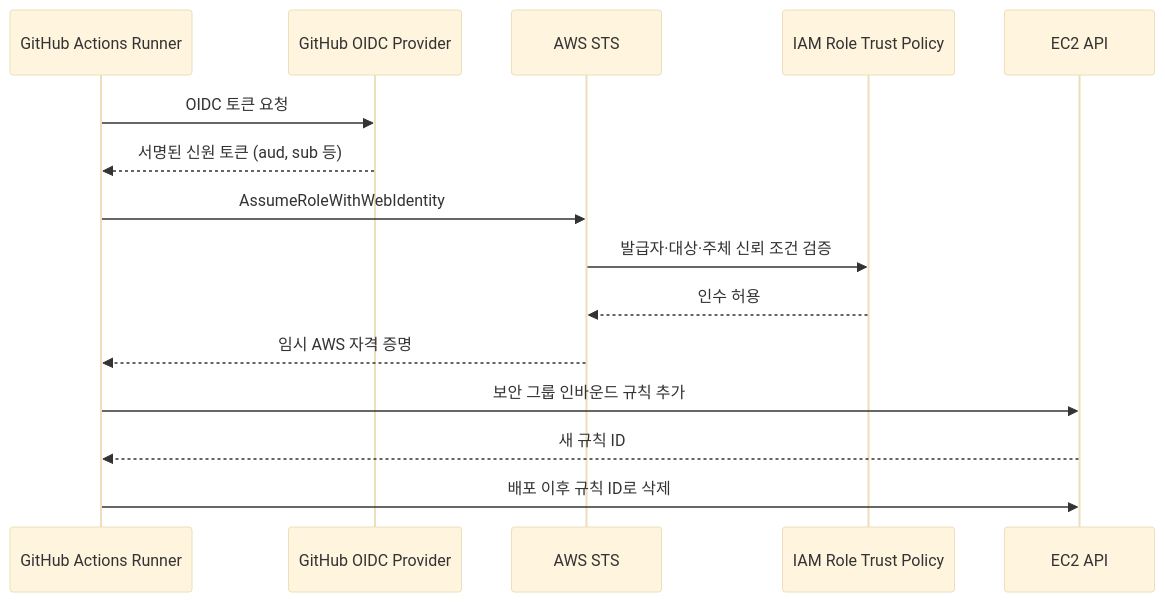
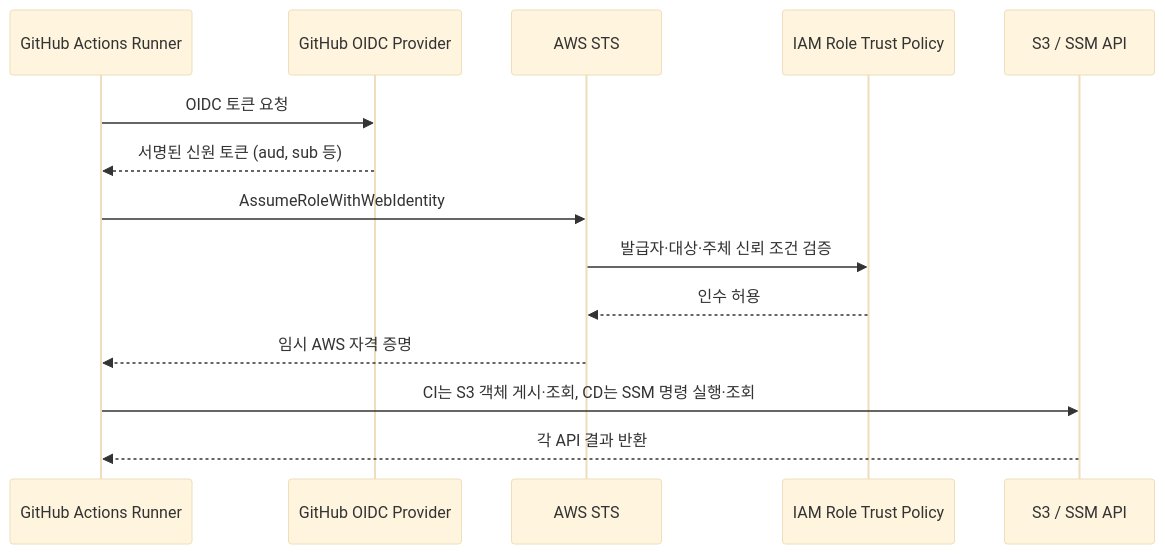
The diagram in docs/learning/infrastructure/github-oidc-aws-iam.md (pickylemon/myshelf), drawn with Mermaid (base theme) before and after one commit. The commit also changed other lines of this file and 10 other files, not shown here.

````diff
--- a/docs/learning/infrastructure/github-oidc-aws-iam.md
+++ b/docs/learning/infrastructure/github-oidc-aws-iam.md
@@ -26,17 +28,16 @@
 ```mermaid
 sequenceDiagram
     participant G as GitHub Actions Runner
     participant O as GitHub OIDC Provider
     participant S as AWS STS
     participant I as IAM Role Trust Policy
-    participant E as EC2 API
+    participant E as S3 / SSM API
     G->>O: OIDC 토큰 요청
     O-->>G: 서명된 신원 토큰 (aud, sub 등)
     G->>S: AssumeRoleWithWebIdentity
     S->>I: 발급자·대상·주체 신뢰 조건 검증
     I-->>S: 인수 허용
     S-->>G: 임시 AWS 자격 증명
-    G->>E: 보안 그룹 인바운드 규칙 추가
-    E-->>G: 새 규칙 ID
-    G->>E: 배포 이후 규칙 ID로 삭제
+    G->>E: CI는 S3 객체 게시·조회, CD는 SSM 명령 실행·조회
+    E-->>G: 각 API 결과 반환
 ```
````
